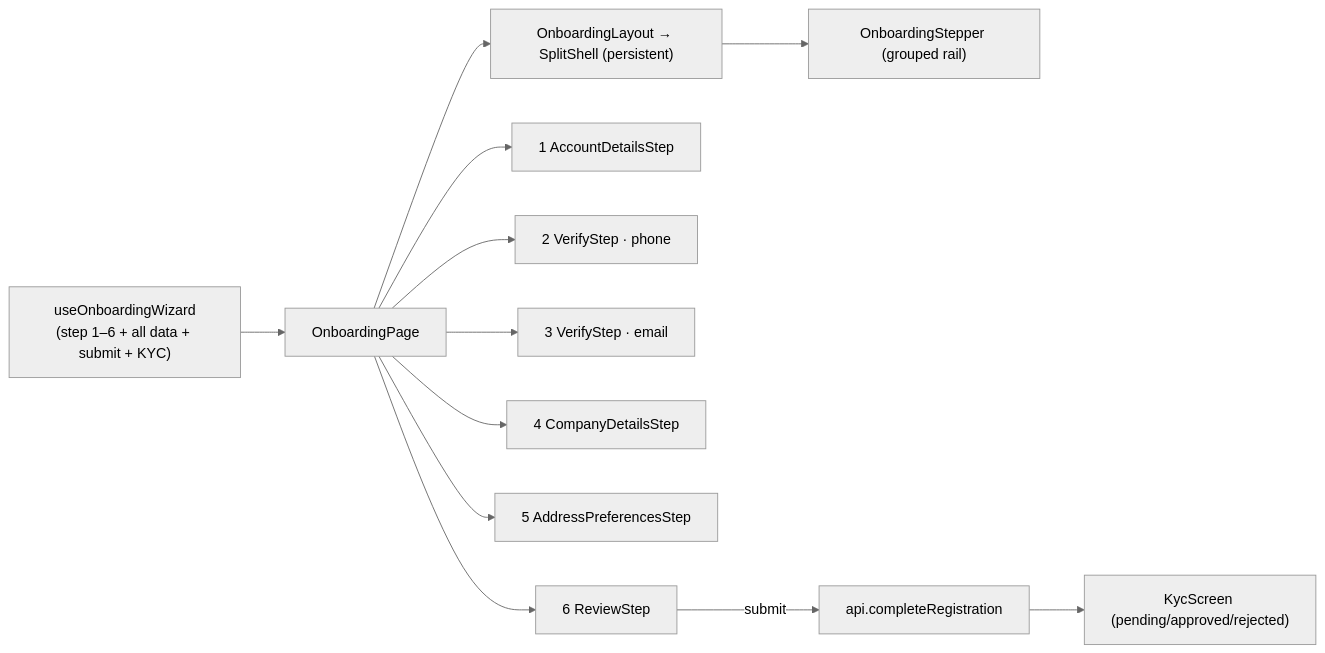
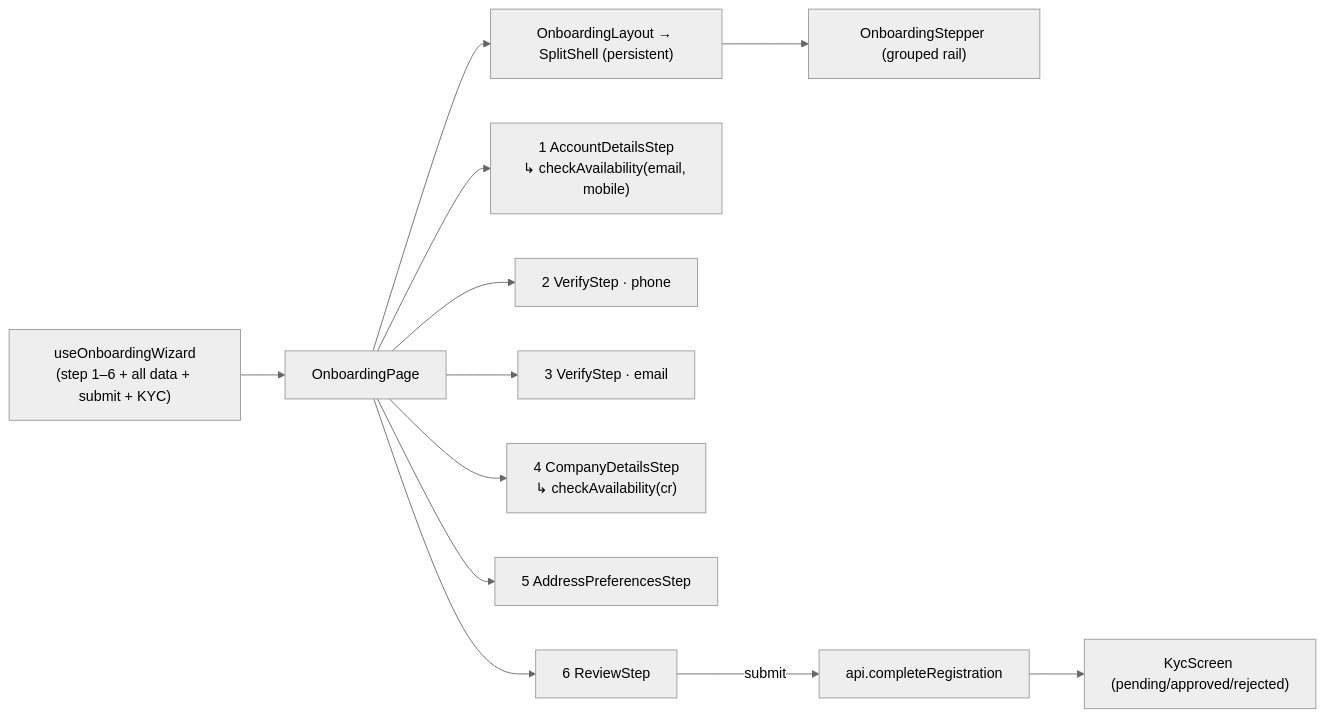
The seventh of 8 diagrams in ARCHITECTURE_SUMMARY.md (MarinaLamey/Front-End), drawn with Mermaid (neutral theme) before and after one commit. The commit also changed other lines of this file and 34 other files, not shown here.

````diff
--- a/ARCHITECTURE_SUMMARY.md
+++ b/ARCHITECTURE_SUMMARY.md
@@ -307,14 +315,14 @@
 ```mermaid
 flowchart LR
   W["useOnboardingWizard<br/>(step 1–6 + all data + submit + KYC)"] --> OP["OnboardingPage"]
   OP --> Shell["OnboardingLayout → SplitShell (persistent)"]
   Shell --> RAIL["OnboardingStepper (grouped rail)"]
-  OP --> S1["1 AccountDetailsStep"]
+  OP --> S1["1 AccountDetailsStep<br/>↳ checkAvailability(email, mobile)"]
   OP --> S2["2 VerifyStep · phone"]
   OP --> S3["3 VerifyStep · email"]
-  OP --> S4["4 CompanyDetailsStep"]
+  OP --> S4["4 CompanyDetailsStep<br/>↳ checkAvailability(cr)"]
   OP --> S5["5 AddressPreferencesStep"]
   OP --> S6["6 ReviewStep"]
   S6 -->|submit| API["api.completeRegistration"]
   API --> KYC["KycScreen (pending/approved/rejected)"]
 ```
````
